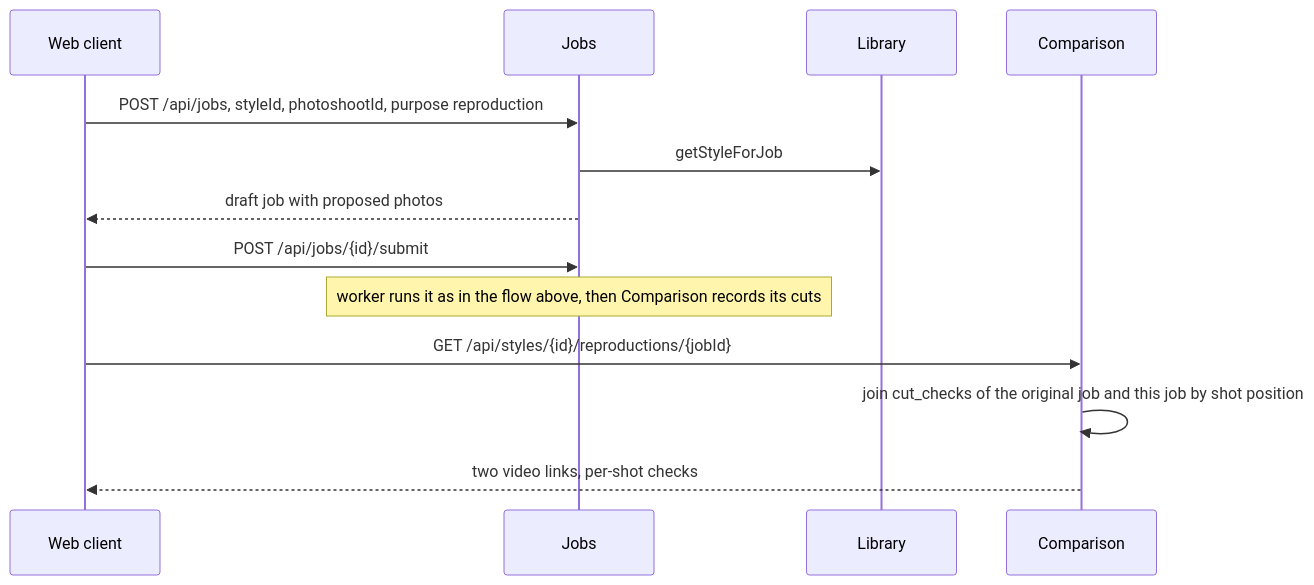
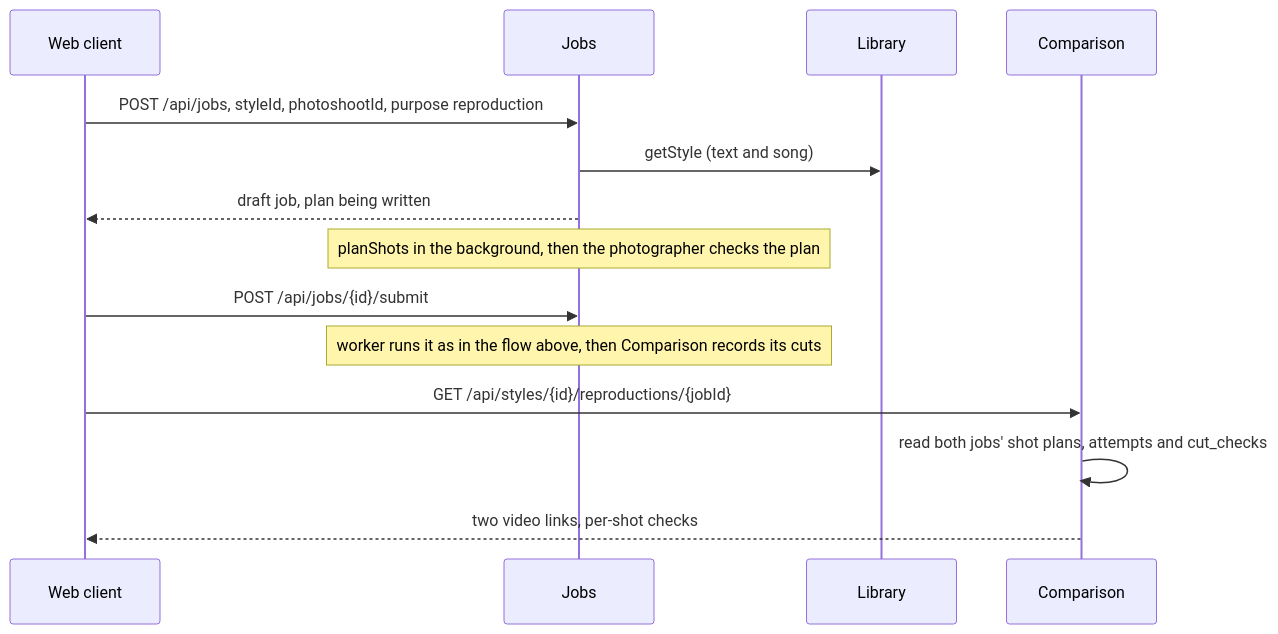
One commit to ThinkBuildMake/autohdr-photo-to-video changed the fourth of 7 diagrams in docs/ARCHITECTURE.md. Above: the diagram before and after it, drawn with Mermaid. The commit also changed other lines of this file and 5 other files, not shown here.

````diff
--- a/docs/ARCHITECTURE.md
+++ b/docs/ARCHITECTURE.md
@@ -183,15 +185,16 @@
 ```mermaid
 sequenceDiagram
   participant C as Web client
   participant J as Jobs
   participant L as Library
   participant CMP as Comparison
   C->>J: POST /api/jobs, styleId, photoshootId, purpose reproduction
-  J->>L: getStyleForJob
-  J-->>C: draft job with proposed photos
+  J->>L: getStyle (text and song)
+  J-->>C: draft job, plan being written
+  Note over J: planShots in the background, then the photographer checks the plan
   C->>J: POST /api/jobs/{id}/submit
   Note over J: worker runs it as in the flow above, then Comparison records its cuts
   C->>CMP: GET /api/styles/{id}/reproductions/{jobId}
-  CMP->>CMP: join cut_checks of the original job and this job by shot position
+  CMP->>CMP: read both jobs' shot plans, attempts and cut_checks
   CMP-->>C: two video links, per-shot checks
 ```
````
